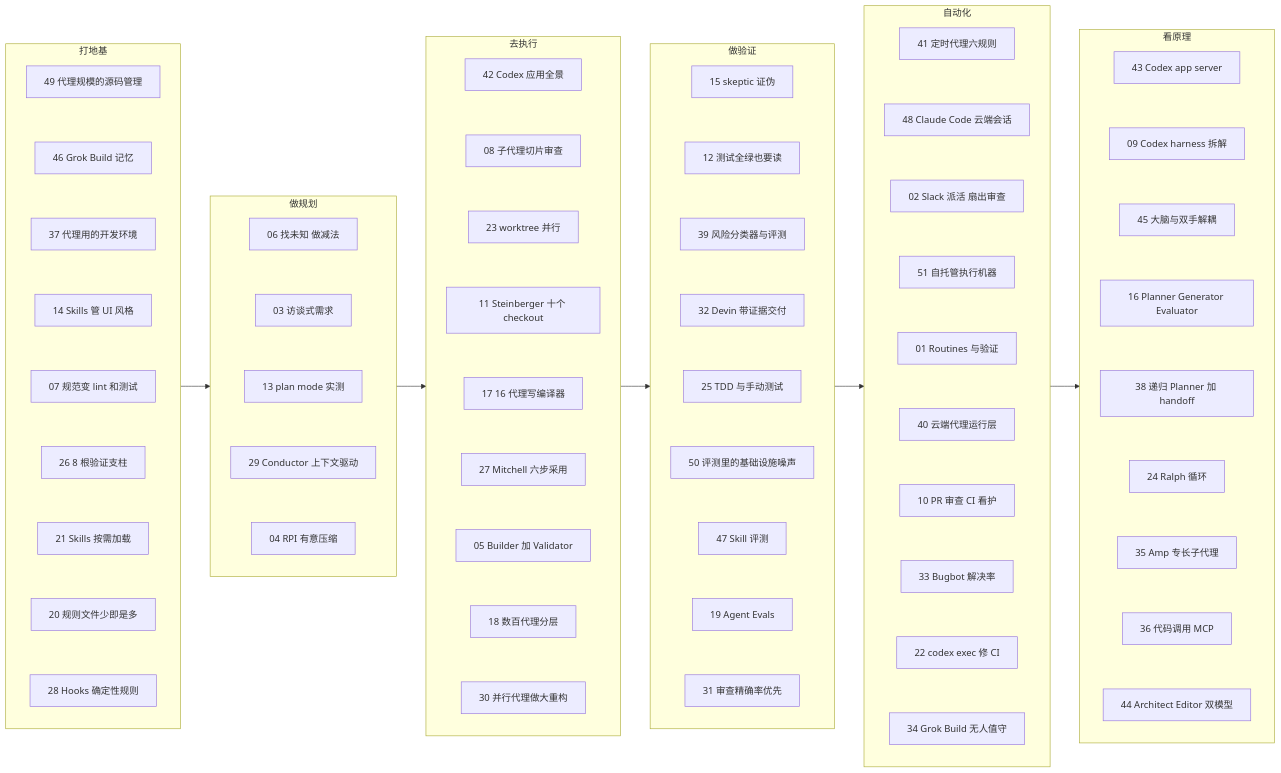
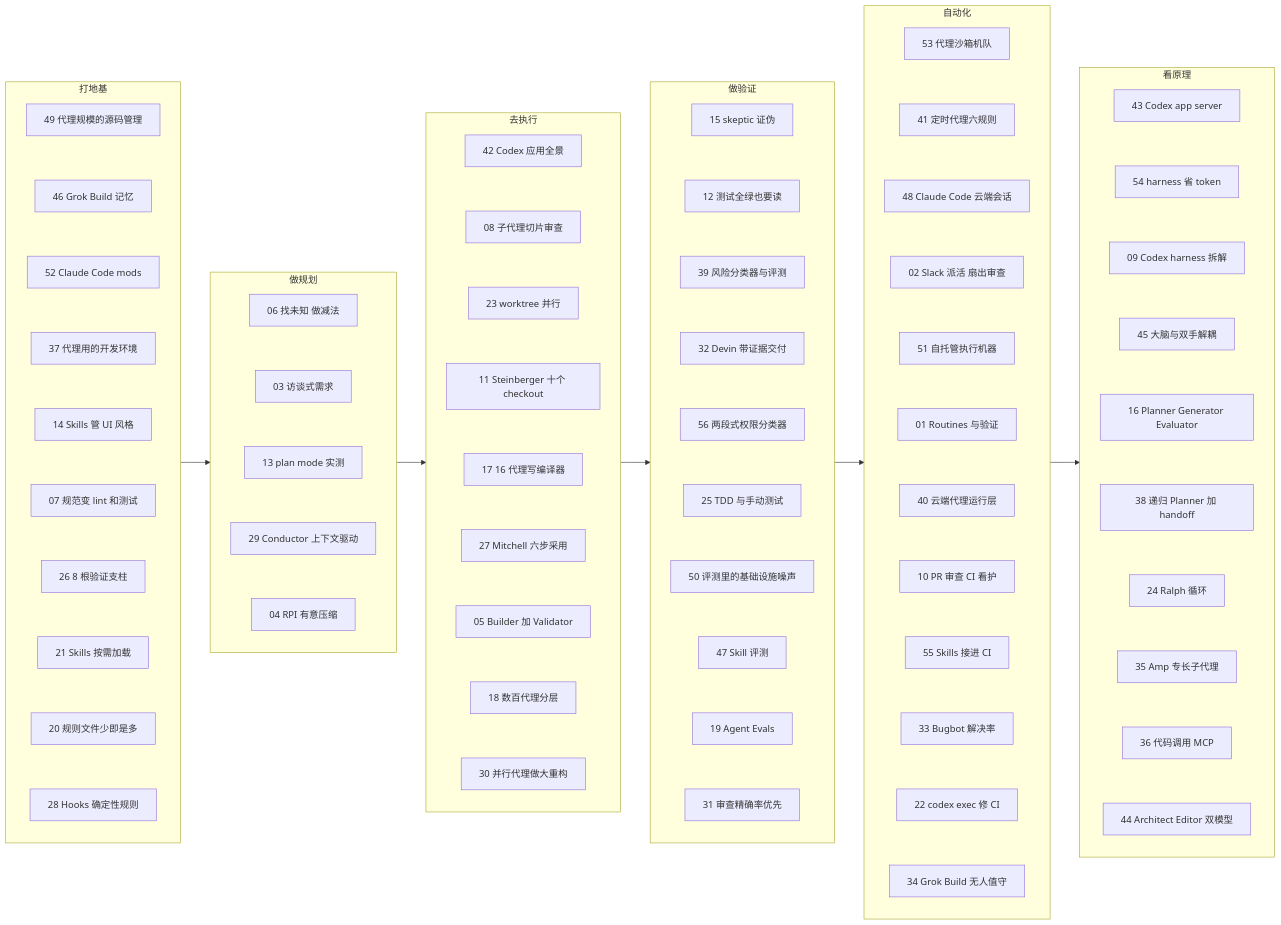
The diagram in docs/index.md (yzw7489757/ai-coding-videos), drawn with Mermaid before and after one commit. The commit also changed other lines of this file and 21 other files, not shown here.

Commit message:
收录 #52–#56（mods、OpenCompute、Cursor 省 token、OpenAI Skills 维护、auto mode），按完整字幕重写 #05 #30，同步指南/模式库/路径/总结/术语

```diff
--- a/docs/index.md
+++ b/docs/index.md
@@ -101,6 +101,7 @@
     direction TB
     A49["49 代理规模的源码管理"]
     A46["46 Grok Build 记忆"]
+    A52["52 Claude Code mods"]
     A37["37 代理用的开发环境"]
     A14["14 Skills 管 UI 风格"]
     A07["07 规范变 lint 和测试"]
@@ -109,7 +110,8 @@
     A20["20 规则文件少即是多"]
     A28["28 Hooks 确定性规则"]
     A49 ~~~ A46
-    A46 ~~~ A37
+    A46 ~~~ A52
+    A52 ~~~ A37
     A37 ~~~ A14
     A14 ~~~ A07
     A07 ~~~ A26
@@ -155,6 +157,7 @@
     A12["12 测试全绿也要读"]
     A39["39 风险分类器与评测"]
     A32["32 Devin 带证据交付"]
+    A56["56 两段式权限分类器"]
     A25["25 TDD 与手动测试"]
     A50["50 评测里的基础设施噪声"]
     A47["47 Skill 评测"]
@@ -163,7 +166,8 @@
     A15 ~~~ A12
     A12 ~~~ A39
     A39 ~~~ A32
-    A32 ~~~ A25
+    A32 ~~~ A56
+    A56 ~~~ A25
     A25 ~~~ A50
     A50 ~~~ A47
     A47 ~~~ A19
@@ -171,6 +175,7 @@
   end
   subgraph S5["自动化"]
     direction TB
+    A53["53 代理沙箱机队"]
     A41["41 定时代理六规则"]
     A48["48 Claude Code 云端会话"]
     A02["02 Slack 派活 扇出审查"]
@@ -178,22 +183,26 @@
     A01["01 Routines 与验证"]
     A40["40 云端代理运行层"]
     A10["10 PR 审查 CI 看护"]
+    A55["55 Skills 接进 CI"]
     A33["33 Bugbot 解决率"]
     A22["22 codex exec 修 CI"]
     A34["34 Grok Build 无人值守"]
+    A53 ~~~ A41
     A41 ~~~ A48
     A48 ~~~ A02
     A02 ~~~ A51
     A51 ~~~ A01
     A01 ~~~ A40
     A40 ~~~ A10
-    A10 ~~~ A33
+    A10 ~~~ A55
+    A55 ~~~ A33
     A33 ~~~ A22
     A22 ~~~ A34
   end
   subgraph S6["看原理"]
     direction TB
     A43["43 Codex app server"]
+    A54["54 harness 省 token"]
     A09["09 Codex harness 拆解"]
     A45["45 大脑与双手解耦"]
     A16["16 Planner Generator Evaluator"]
@@ -202,7 +211,8 @@
     A35["35 Amp 专长子代理"]
     A36["36 代码调用 MCP"]
     A44["44 Architect Editor 双模型"]
-    A43 ~~~ A09
+    A43 ~~~ A54
+    A54 ~~~ A09
     A09 ~~~ A45
     A45 ~~~ A16
     A16 ~~~ A38
```
